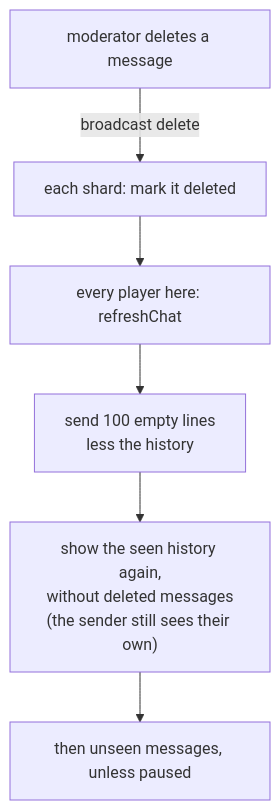
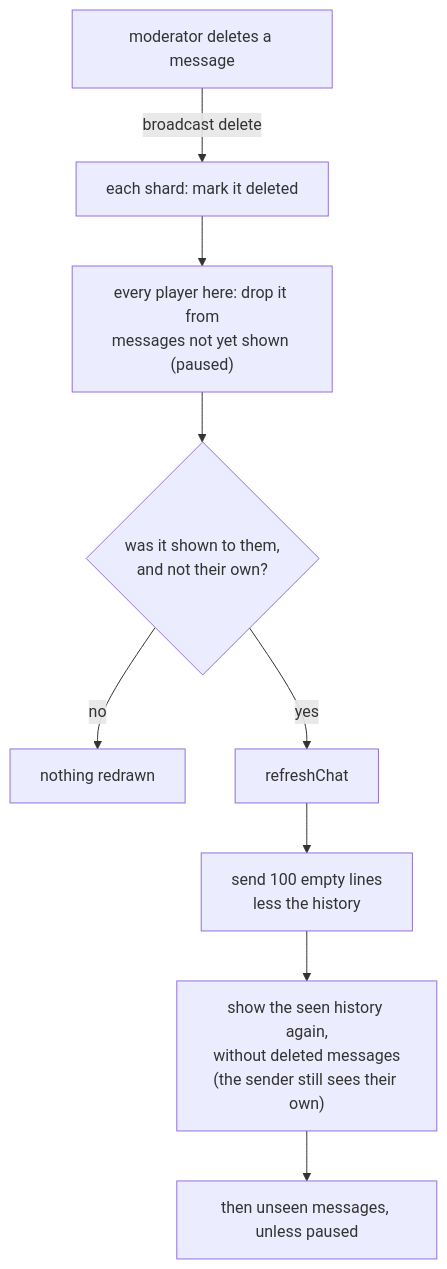
The third of 4 diagrams in network-chat/ARCHITECTURE.md (TeamMonumenta/monumenta-server-management), drawn with Mermaid before and after one commit. The commit also changed other lines of this file and 8 other files, not shown here.

````diff
--- a/network-chat/ARCHITECTURE.md
+++ b/network-chat/ARCHITECTURE.md
@@ -112,8 +114,11 @@
 ```mermaid
 flowchart TB
     D["moderator deletes a message"] -- "broadcast delete" --> M["each shard: mark it deleted"]
-    M --> RF["every player here: refreshChat"]
+    M --> Q["every player here: drop it from<br/>messages not yet shown (paused)"]
+    Q --> S{"was it shown to them,<br/>and not their own?"}
+    S -- "no" --> N["nothing redrawn"]
+    S -- "yes" --> RF["refreshChat"]
     RF --> E["send 100 empty lines<br/>less the history"]
     E --> H["show the seen history again,<br/>without deleted messages<br/>(the sender still sees their own)"]
     H --> U["then unseen messages, unless paused"]
 ```
````
